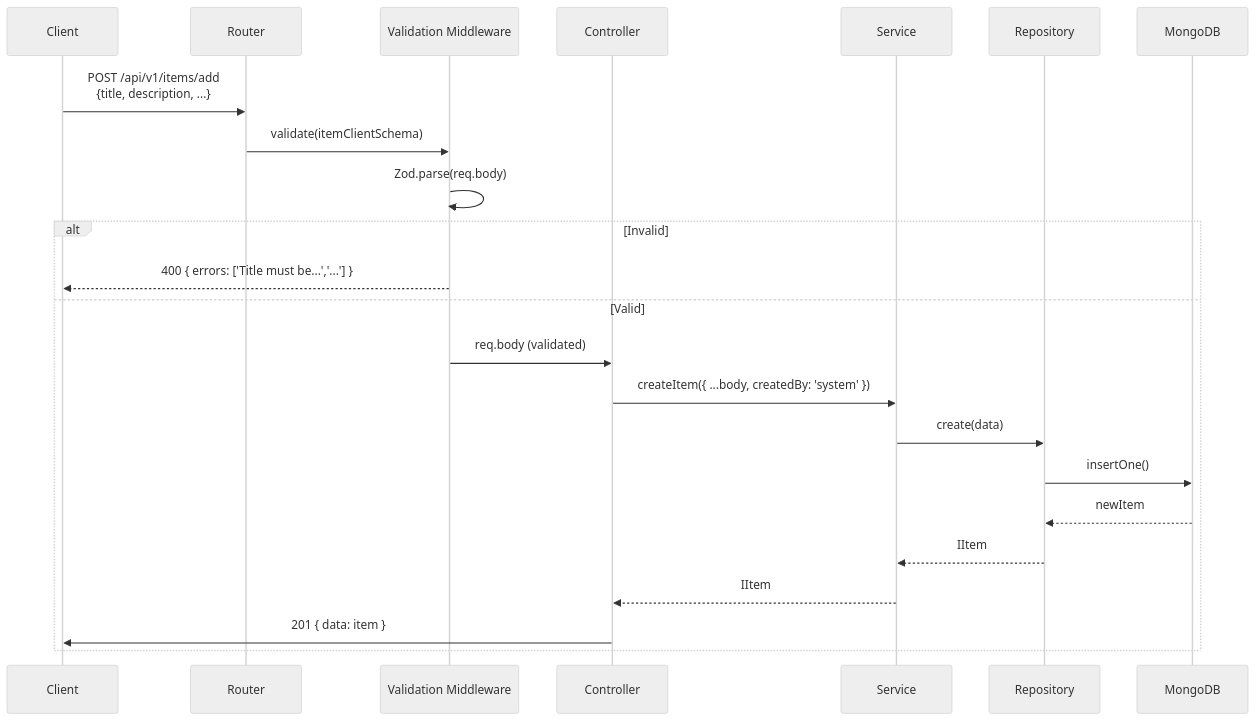
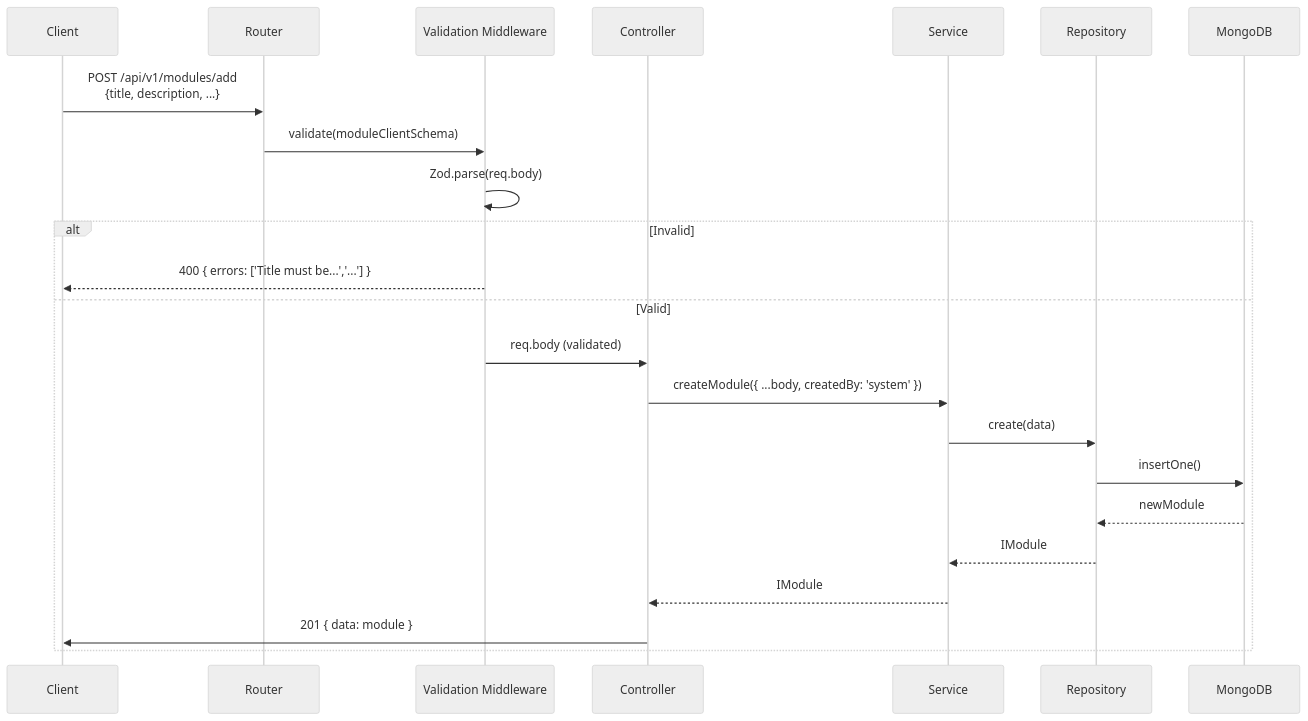
Before and after one commit to Sarwarhridoy4/StudyVault: the third of 16 diagrams in README.md, drawn with Mermaid (neutral theme). The commit also changed other lines of this file and 36 other files, not shown here.

First line of the commit message:
Refactor: study→course, item→module with linking capability

````diff
--- a/README.md
+++ b/README.md
@@ -379,26 +398,26 @@
 ```mermaid
 sequenceDiagram
     participant C as Client
     participant R as Router
     participant V as Validation Middleware
     participant Ctrl as Controller
     participant S as Service
     participant Rep as Repository
     participant M as MongoDB
 
-    C->>R: POST /api/v1/items/add<br/>{title, description, ...}
-    R->>V: validate(itemClientSchema)
+    C->>R: POST /api/v1/modules/add<br/>{title, description, ...}
+    R->>V: validate(moduleClientSchema)
     V->>V: Zod.parse(req.body)
     alt Invalid
         V-->>C: 400 { errors: ['Title must be...','...'] }
     else Valid
         V->>Ctrl: req.body (validated)
-        Ctrl->>S: createItem({ ...body, createdBy: 'system' })
+        Ctrl->>S: createModule({ ...body, createdBy: 'system' })
         S->>Rep: create(data)
         Rep->>M: insertOne()
-        M-->>Rep: newItem
-        Rep-->>S: IItem
-        S-->>Ctrl: IItem
-        Ctrl->>C: 201 { data: item }
+        M-->>Rep: newModule
+        Rep-->>S: IModule
+        S-->>Ctrl: IModule
+        Ctrl->>C: 201 { data: module }
     end
 ```
````
